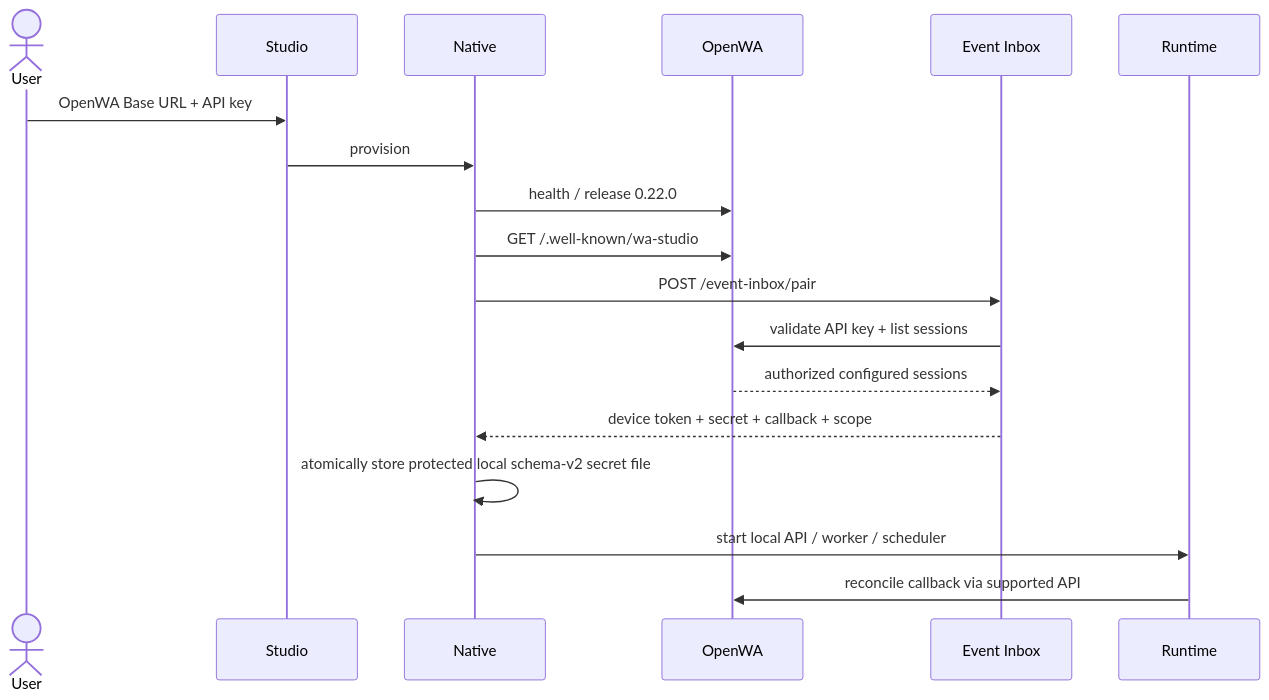
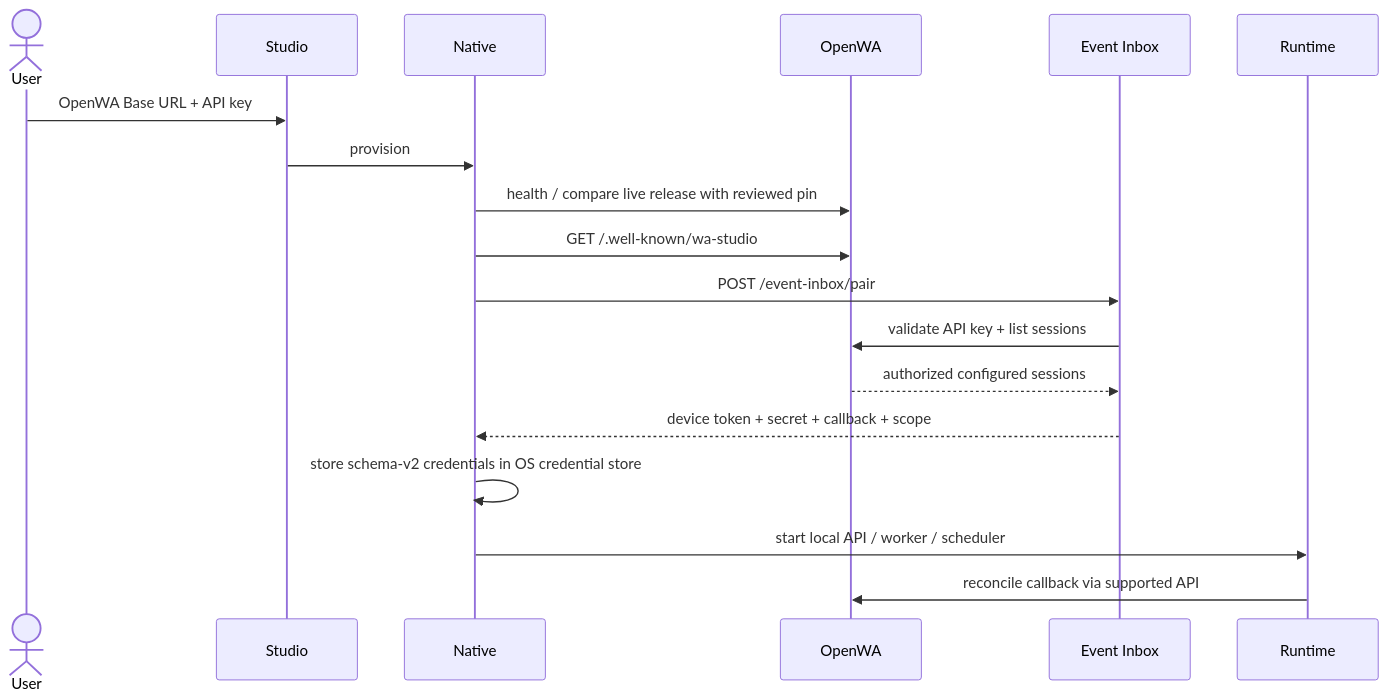
One commit to hiepknor/wa-studio changed the second of 3 diagrams in services/runtime/docs/post-deployment-system-model.md. Above: the diagram before and after it, drawn with Mermaid. The commit also changed other lines of this file and 177 other files, not shown here.

````diff
--- a/services/runtime/docs/post-deployment-system-model.md
+++ b/services/runtime/docs/post-deployment-system-model.md
@@ -41,21 +41,21 @@
 ```mermaid
 sequenceDiagram
   actor User
   participant Studio
   participant Native
   participant OpenWA
   participant Inbox as Event Inbox
   participant Runtime
 
   User->>Studio: OpenWA Base URL + API key
   Studio->>Native: provision
-  Native->>OpenWA: health / release 0.22.0
+  Native->>OpenWA: health / compare live release with reviewed pin
   Native->>OpenWA: GET /.well-known/wa-studio
   Native->>Inbox: POST /event-inbox/pair
   Inbox->>OpenWA: validate API key + list sessions
   OpenWA-->>Inbox: authorized configured sessions
   Inbox-->>Native: device token + secret + callback + scope
-Native->>Native: atomically store protected local schema-v2 secret file
+  Native->>Native: store schema-v2 credentials in OS credential store
   Native->>Runtime: start local API / worker / scheduler
   Runtime->>OpenWA: reconcile callback via supported API
 ```
````
